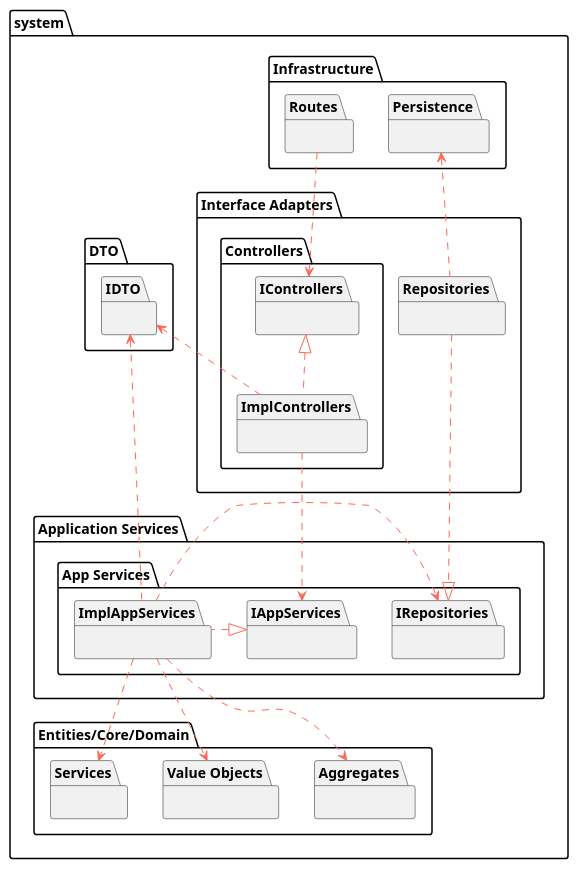
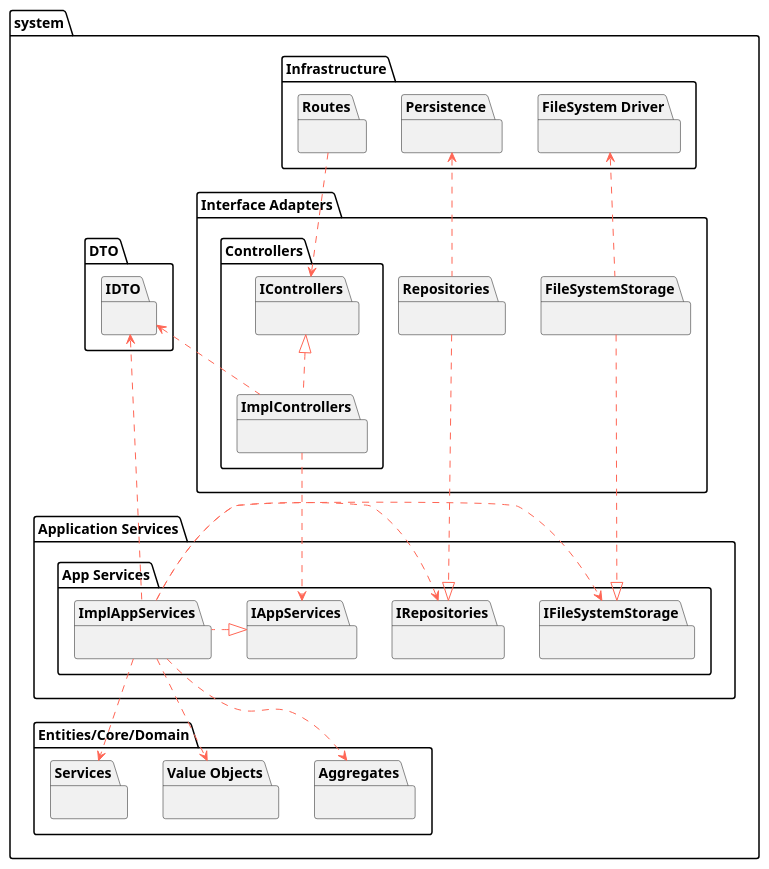
One commit to Departamento-de-Engenharia-Informatica/lapr5-23-24-g19 changed the diagram in docs/general-purpose/level3/implementation-view.puml. Above: the diagram before and after it, drawn with PlantUML. The commit also changed 22 other files, not shown here.

Commit message:
refactor(us230): comply with onion architecture

```diff
--- a/docs/general-purpose/level3/implementation-view.puml
+++ b/docs/general-purpose/level3/implementation-view.puml
@@ -1,77 +1,90 @@
 @startuml
 
 skinparam component {
     FontSize 16
     BackgroundColor<<Apache>> LightCoral
     BorderColor<<Apache>> #FF6655
     FontName Courier
     BorderColor black
     BackgroundColor DeepSkyBlue
     ArrowFontName Impact
     ArrowColor #FF6655
 }
 
 package system {
     package "Infrastructure" {
         package "Routes" {
         }
 
         package "Persistence" {
         }
+
+        package "FileSystem Driver" {
+        }
     }
 
     package "Interface Adapters" {
         package "Controllers" {
             package "IControllers" {
             }
 
             package "ImplControllers" {
             }
         }
 
         package "Repositories" {
         }
+
+        package "FileSystemStorage" {
+        }
     }
 
     package "Application Services" {
         package "App Services" {
             package "IAppServices" {
             }
 
             package "ImplAppServices" {
             }
 
             package "IRepositories" {
+            }
+
+            package "IFileSystemStorage" {
             }
         }
     }
     package "DTO" {
         package "IDTO" as dto{
         }
     }
 
     package "Entities/Core/Domain" {
         package "Aggregates" {
         }
 
         package "Value Objects" {
         }
 
         package "Services" {
         }
     }
     "Routes" .down.> "IControllers"
     "ImplControllers" .up.|> "IControllers"
     "ImplControllers" .down.> "IAppServices"
     "ImplAppServices" .left.|> "IAppServices"
-    "ImplAppServices" .right.> "IRepositories"
+    "ImplAppServices" .left.> "IRepositories"
+    "ImplAppServices" .right.> "IFileSystemStorage"
     "ImplAppServices" .down.> "Aggregates"
     "ImplAppServices" .down.> "Value Objects"
     "ImplAppServices" .down.> "Services"
     "ImplAppServices" .up.> dto
     "ImplControllers" .up.> dto
     "Repositories" .up.> "Persistence"
     "Repositories" .down.|> "IRepositories"
+
+    "FileSystemStorage" .up.> "FileSystem Driver"
+    "FileSystemStorage" .down.|> "IFileSystemStorage"
 }
 
 @enduml
```
